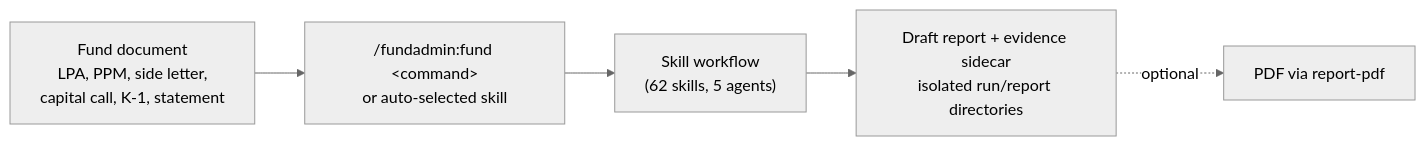
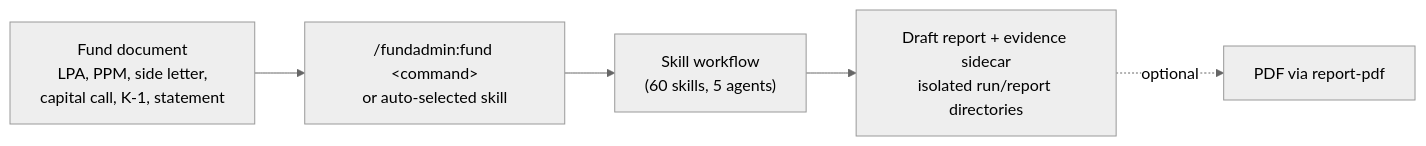
Before and after one commit to davendra/fundadmin-ai-skills: the first of 4 diagrams in README.md, drawn with Mermaid (neutral theme). The commit also changed other lines of this file and 171 other files, not shown here.

````diff
--- a/README.md
+++ b/README.md
@@ -137,7 +137,7 @@
 ```mermaid
 flowchart LR
     A["Fund document<br/>LPA, PPM, side letter,<br/>capital call, K-1, statement"] --> B["/fundadmin:fund &lt;command&gt;<br/>or auto-selected skill"]
-    B --> C["Skill workflow<br/>(62 skills, 5 agents)"]
+    B --> C["Skill workflow<br/>(60 skills, 5 agents)"]
     C --> D["Draft report + evidence sidecar<br/>isolated run/report directories"]
     D -. optional .-> E["PDF via report-pdf"]
 ```
````
